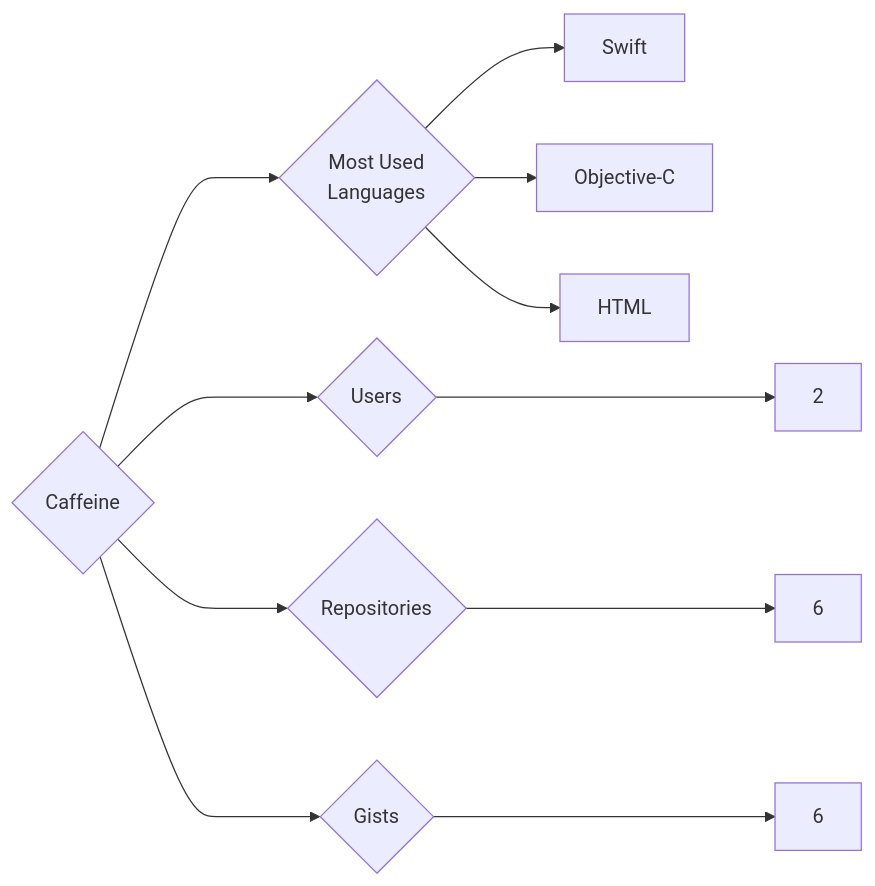
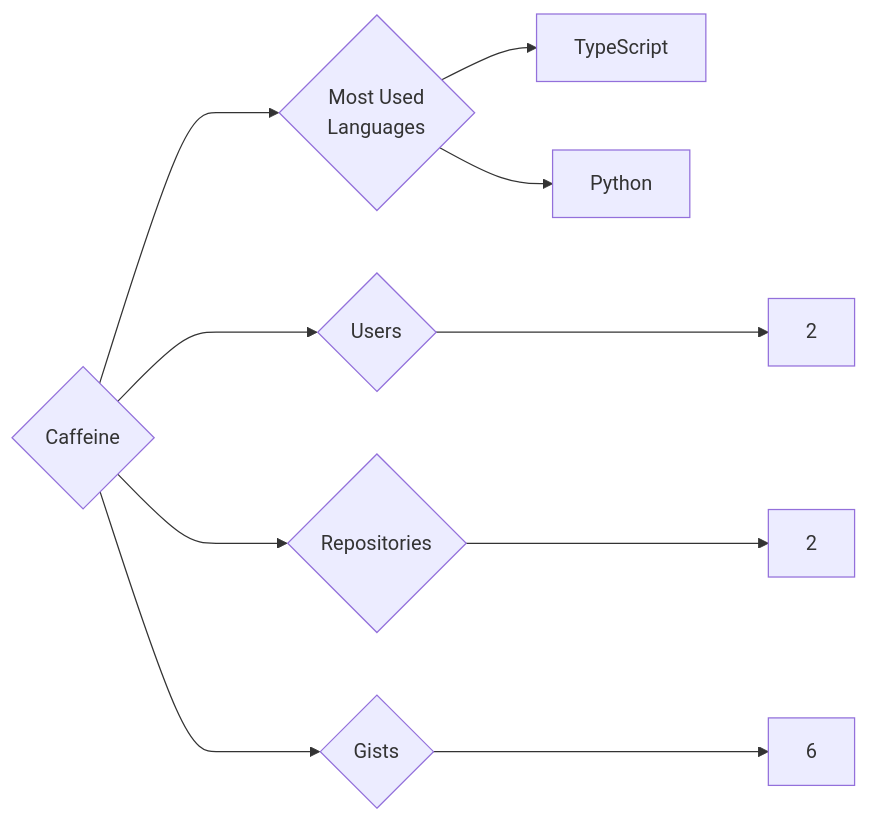
One commit to trickest/insiders changed the diagram in targets/Caffeine/README.md. Above: the diagram before and after it, drawn with Mermaid. The commit also changed 859 other files, not shown here.

````diff
--- a/targets/Caffeine/README.md
+++ b/targets/Caffeine/README.md
@@ -3,11 +3,10 @@
 ```mermaid
 graph LR
 COMPANY_NAME{Caffeine}
 COMPANY_NAME ---> U{Users} ---> UN[2]
-COMPANY_NAME ---> R{Repositories} ---> RN[6]
+COMPANY_NAME ---> R{Repositories} ---> RN[2]
 COMPANY_NAME ---> G{Gists} ---> GN[6]
 COMPANY_NAME ---> ML{Most Used<br>Languages}
-ML --> Swift[Swift]
-ML --> Objective-C[Objective-C]
-ML --> HTML[HTML]
+ML --> TypeScript[TypeScript]
+ML --> Python[Python]
 ```
````
